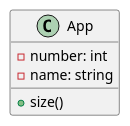
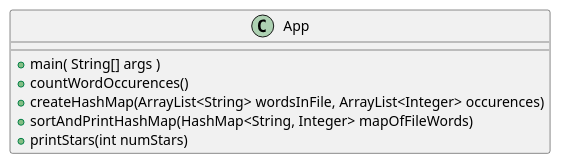
The diagram in docs/ex46.puml (Jsnoap/snoap-cop3330-assignment3), drawn with PlantUML before and after one commit. The commit also changed 3 other files, not shown here.

```diff
--- a/docs/ex46.puml
+++ b/docs/ex46.puml
@@ -1,10 +1,12 @@
 @startuml
 'https://plantuml.com/class-diagram
 
 class App {
--number: int
--name: string
-+size()
++main( String[] args )
++countWordOccurences()
++createHashMap(ArrayList<String> wordsInFile, ArrayList<Integer> occurences)
++sortAndPrintHashMap(HashMap<String, Integer> mapOfFileWords)
++printStars(int numStars)
 }
 
 @enduml
```
